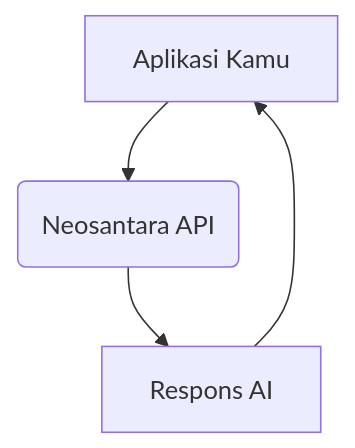
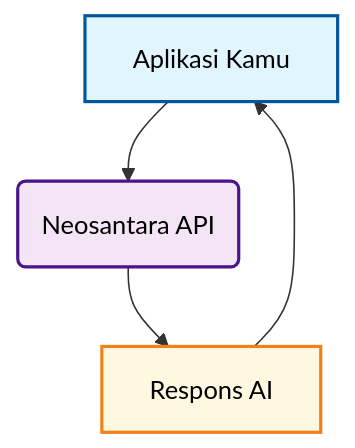
One commit to ErRickow/docs changed the diagram in id/about.mdx. Above: the diagram before and after it, drawn with Mermaid. The commit also changed other lines of this file and 62 other files, not shown here.

````diff
--- a/id/about.mdx
+++ b/id/about.mdx
@@ -40,6 +50,15 @@
 ```mermaid
 graph TD
    A[Aplikasi Kamu] --> B(Neosantara API);
    B --> C[Respons AI];
    C --> A;
+
+   %% Styling
+   classDef client fill:#e1f5fe,stroke:#01579b,stroke-width:2px,color:#000
+   classDef api fill:#f3e5f5,stroke:#4a148c,stroke-width:2px,color:#000
+   classDef response fill:#fff8e1,stroke:#f57f17,stroke-width:2px,color:#000
+
+   class A client
+   class B api
+   class C response
 ```
````
